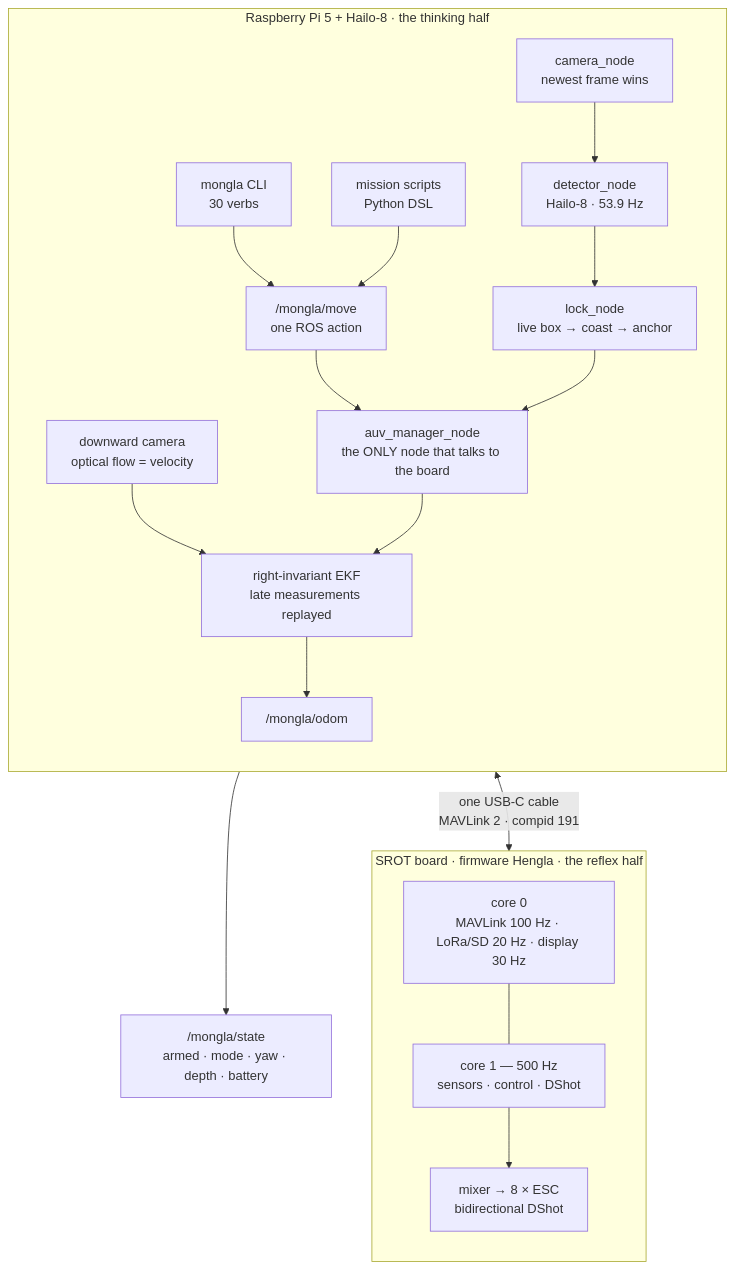
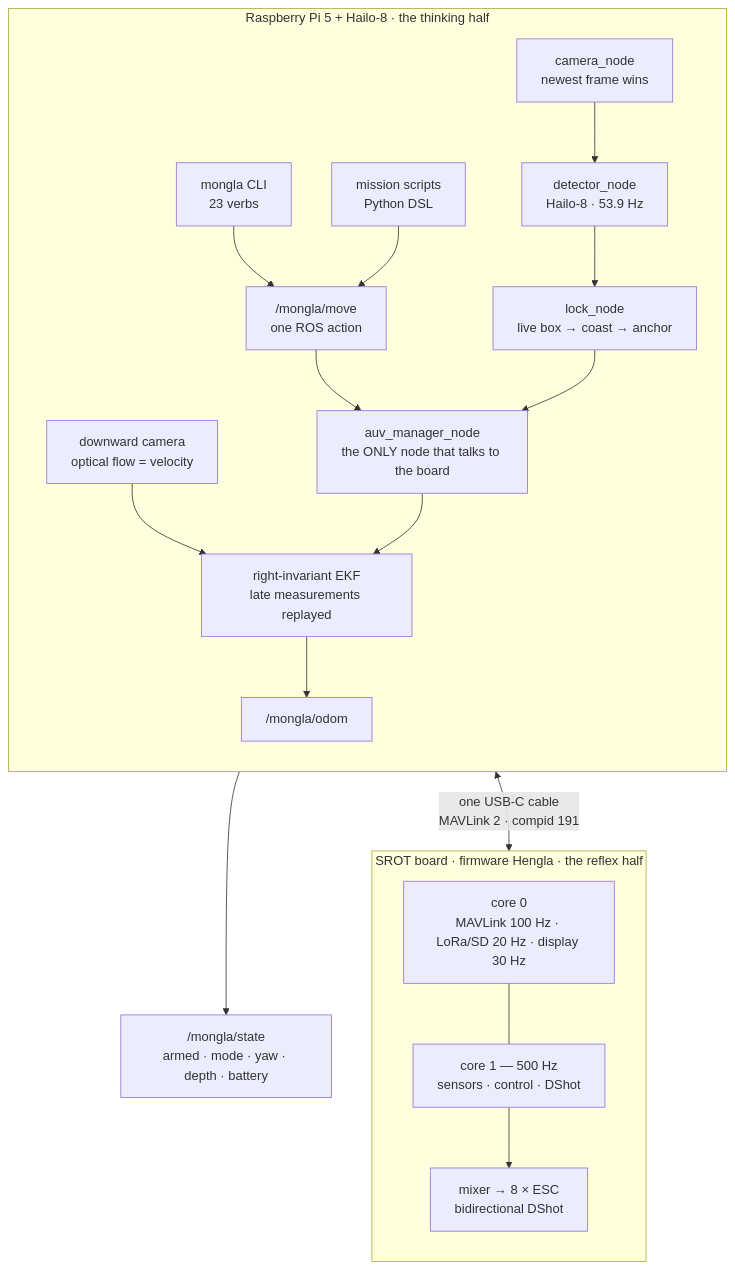
One commit to fh1m/mongla_ws changed the second of 10 diagrams in README.md. Above: the diagram before and after it, drawn with Mermaid. The commit also changed other lines of this file and 672 other files, not shown here.

````diff
--- a/README.md
+++ b/README.md
@@ -157,26 +154,26 @@
 ```mermaid
 flowchart TB
     subgraph PI["Raspberry Pi 5 + Hailo-8 · the thinking half"]
         direction TB
-        CLI["mongla CLI<br/>30 verbs"] --> ACT
+        CLI["mongla CLI<br/>23 verbs"] --> ACT
         MIS["mission scripts<br/>Python DSL"] --> ACT
         ACT["/mongla/move<br/>one ROS action"] --> MGR
         MGR["auv_manager_node<br/>the ONLY node that talks to the board"]
         CAM["camera_node<br/>newest frame wins"] --> DET["detector_node<br/>Hailo-8 · 53.9 Hz"]
         DET --> LOCK["lock_node<br/>live box → coast → anchor"]
         LOCK --> MGR
         FLOW["downward camera<br/>optical flow = velocity"] --> EKF["right-invariant EKF<br/>late measurements replayed"]
         MGR --> EKF
         EKF --> ODOM["/mongla/odom"]
     end
     subgraph BOARD["SROT board · firmware Hengla · the reflex half"]
         direction TB
         C1["core 1 — 500 Hz<br/>sensors · control · DShot"]
         C0["core 0<br/>MAVLink 100 Hz · LoRa/SD 20 Hz · display 30 Hz"]
         MIX["mixer → 8 × ESC<br/>bidirectional DShot"]
         C1 --> MIX
     end
     MGR <-->|"one USB-C cable<br/>MAVLink 2 · compid 191"| C0
     C0 --- C1
     MGR --> STATE["/mongla/state<br/>armed · mode · yaw · depth · battery"]
 ```
````
